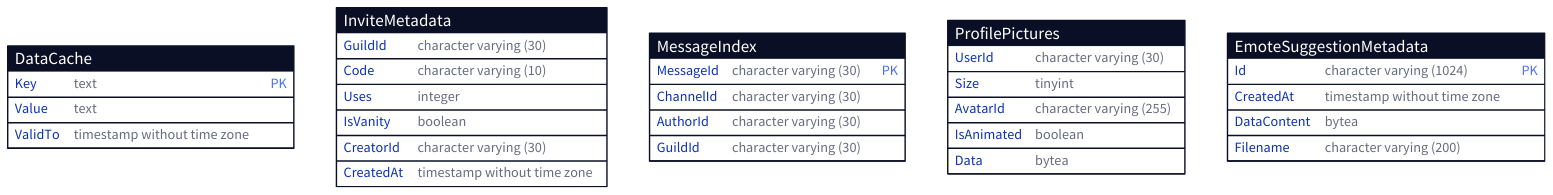
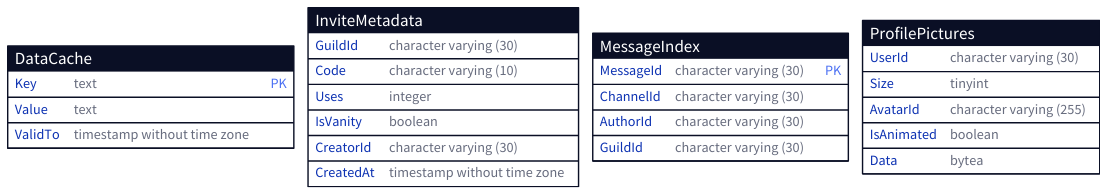
The diagram in data/cache.d2 (GrillBot/grillbot-docs), drawn with D2 before and after one commit. The commit also changed 9 other files, not shown here.

```diff
--- a/data/cache.d2
+++ b/data/cache.d2
@@ -1,46 +1,43 @@
+vars: {
+  d2-config: {
+    layout-engine: elk
+  }
+}
+
 DataCache: {
   shape: sql_table
 
   Key: text {constraint: primary_key}
   Value: text
   ValidTo: timestamp without time zone
 }
 
 InviteMetadata: {
   shape: sql_table
 
   GuildId: character varying (30)
   Code: character varying (10)
   Uses: integer
   IsVanity: boolean
   CreatorId: character varying (30)
   CreatedAt: timestamp without time zone
 }
 
 MessageIndex: {
   shape: sql_table
 
   MessageId: character varying (30) {constraint: primary_key}
   ChannelId: character varying (30)
   AuthorId: character varying (30)
   GuildId: character varying (30)
 }
 
 ProfilePictures: {
   shape: sql_table
 
   UserId: character varying (30)
   Size: tinyint
   AvatarId: character varying (255)
   IsAnimated: boolean
   Data: bytea
 }
-
-EmoteSuggestionMetadata: {
-  shape: sql_table
-
-  Id: character varying (1024) {constraint: primary_key}
-  CreatedAt: timestamp without time zone
-  DataContent: bytea
-  Filename: character varying (200)
-}
```
